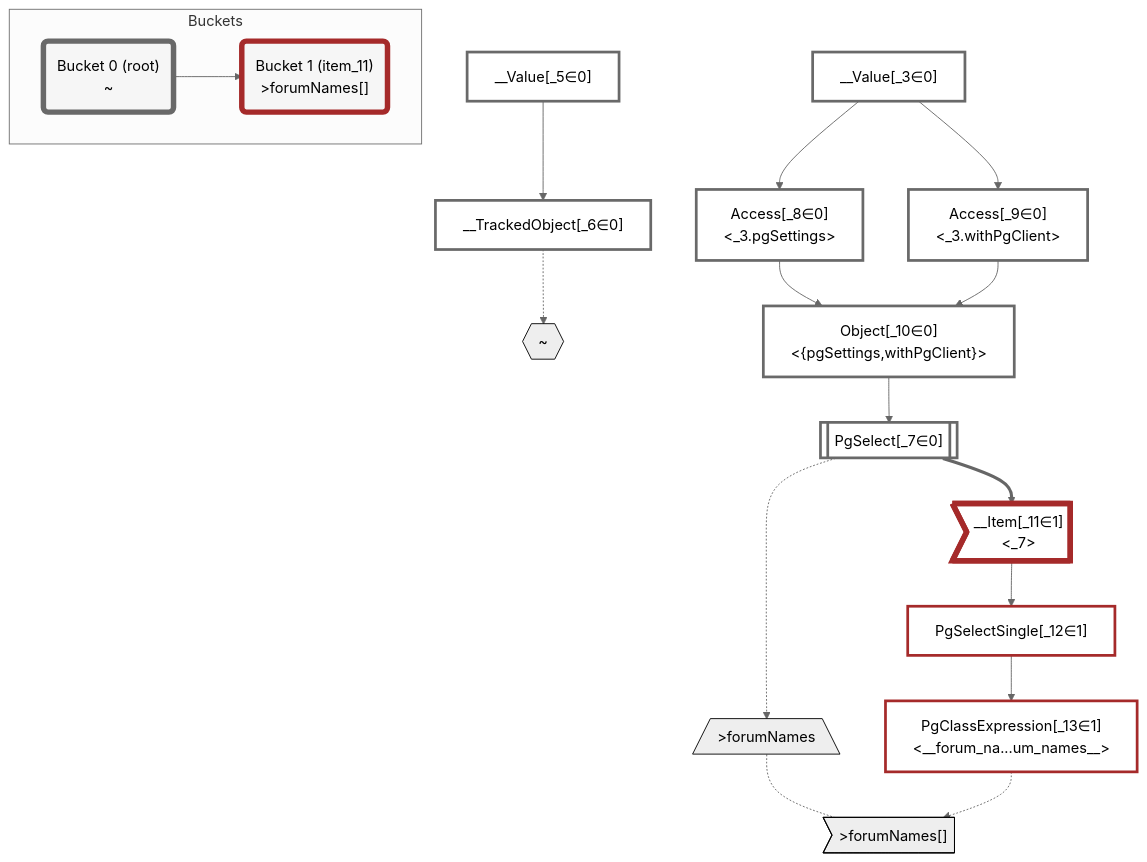
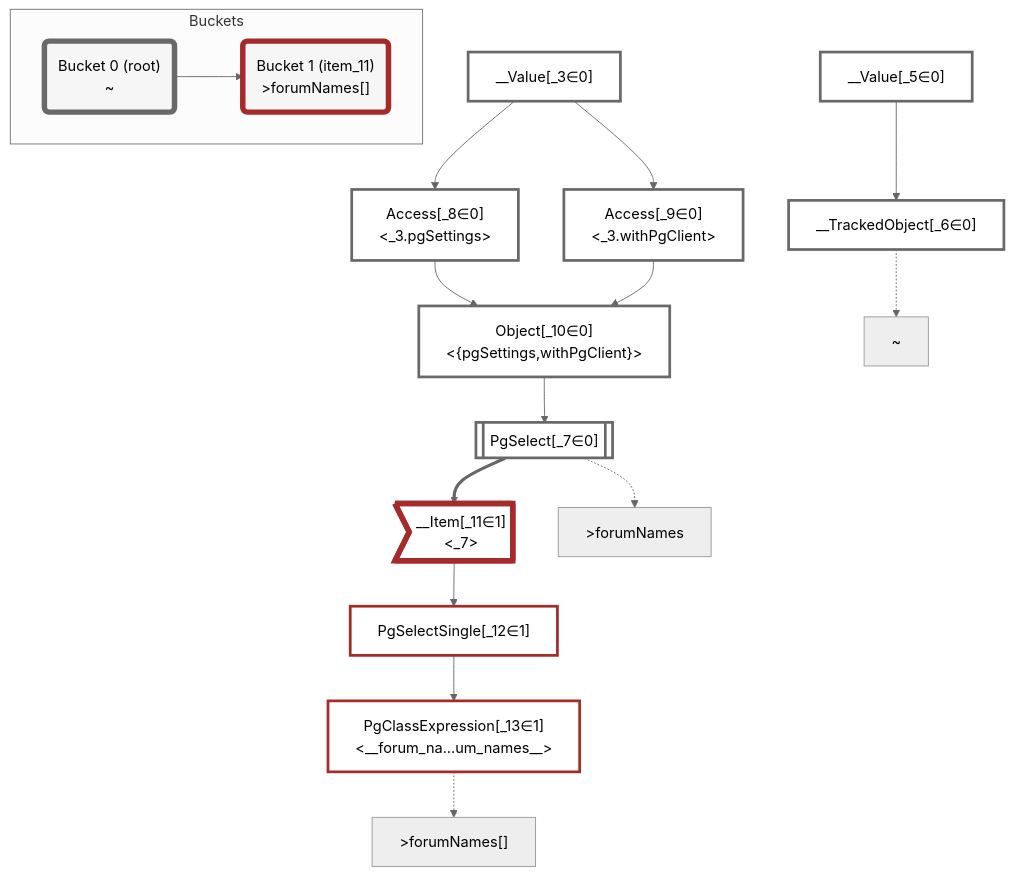
Before and after one commit to graphile/crystal: the diagram in packages/dataplan-pg/__tests__/queries/functions/custom-query-forum-names.mermaid.md, drawn with Mermaid (neutral theme). The commit also changed 195 other files, not shown here.

````diff
--- a/packages/dataplan-pg/__tests__/queries/functions/custom-query-forum-names.mermaid.md
+++ b/packages/dataplan-pg/__tests__/queries/functions/custom-query-forum-names.mermaid.md
@@ -1,58 +1,54 @@
 ```mermaid
 graph TD
     classDef path fill:#eee,stroke:#000,color:#000
     classDef plan fill:#fff,stroke-width:3px,color:#000
     classDef itemplan fill:#fff,stroke-width:6px,color:#000
     classDef sideeffectplan fill:#f00,stroke-width:6px,color:#000
     classDef bucket fill:#f6f6f6,color:#000,stroke-width:6px
 
-    %% subgraph fields
-    P1{{"~"}}:::path
-    P2[/">forumNames"\]:::path
-    P3>">forumNames[]"]:::path
-    P2 -.- P3
-    %% P1 -.-> P2
-    %% end
 
     %% define plans
     __Value_3["__Value[_3∈0]<br /><context>"]:::plan
     __Value_5["__Value[_5∈0]<br /><rootValue>"]:::plan
     __TrackedObject_6["__TrackedObject[_6∈0]"]:::plan
     PgSelect_7[["PgSelect[_7∈0]<br /><forum_names>"]]:::plan
     Access_8["Access[_8∈0]<br /><_3.pgSettings>"]:::plan
     Access_9["Access[_9∈0]<br /><_3.withPgClient>"]:::plan
     Object_10["Object[_10∈0]<br /><{pgSettings,withPgClient}>"]:::plan
     __Item_11>"__Item[_11∈1]<br /><_7>"]:::itemplan
     PgSelectSingle_12["PgSelectSingle[_12∈1]<br /><text>"]:::plan
     PgClassExpression_13["PgClassExpression[_13∈1]<br /><__forum_na...um_names__>"]:::plan
 
     %% plan dependencies
     __Value_5 --> __TrackedObject_6
     Object_10 --> PgSelect_7
     __Value_3 --> Access_8
     __Value_3 --> Access_9
     Access_8 --> Object_10
     Access_9 --> Object_10
     PgSelect_7 ==> __Item_11
     __Item_11 --> PgSelectSingle_12
     PgSelectSingle_12 --> PgClassExpression_13
 
     %% plan-to-path relationships
+    P1["~"]
     __TrackedObject_6 -.-> P1
+    P2[">forumNames"]
     PgSelect_7 -.-> P2
+    P3[">forumNames[]"]
     PgClassExpression_13 -.-> P3
 
     %% allocate buckets
     classDef bucket0 stroke:#696969
     class __Value_3,__Value_5,__TrackedObject_6,PgSelect_7,Access_8,Access_9,Object_10 bucket0
     classDef bucket1 stroke:#a52a2a
     class __Item_11,PgSelectSingle_12,PgClassExpression_13 bucket1
 
     subgraph Buckets
     Bucket0("Bucket 0 (root)<br />~"):::bucket
     style Bucket0 stroke:#696969
     Bucket1("Bucket 1 (item_11)<br />>forumNames[]"):::bucket
     style Bucket1 stroke:#a52a2a
     Bucket0 --> Bucket1
     end
 ```
````
